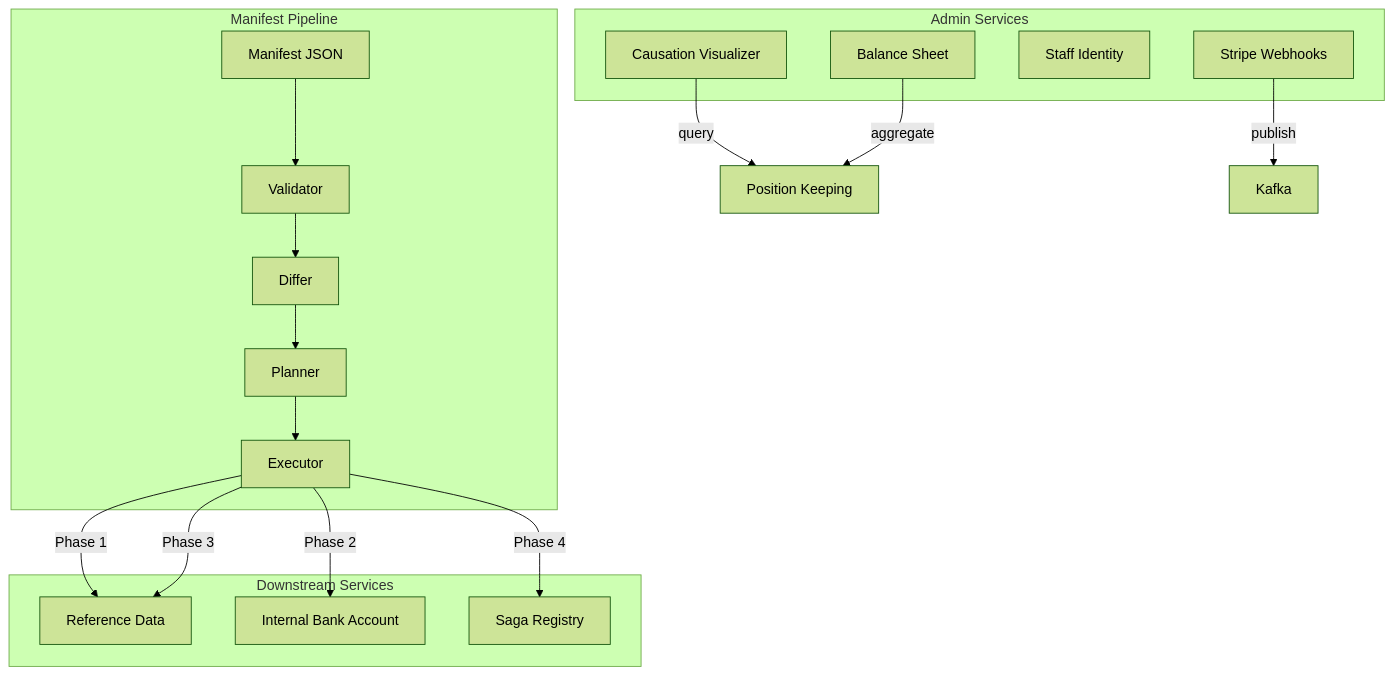
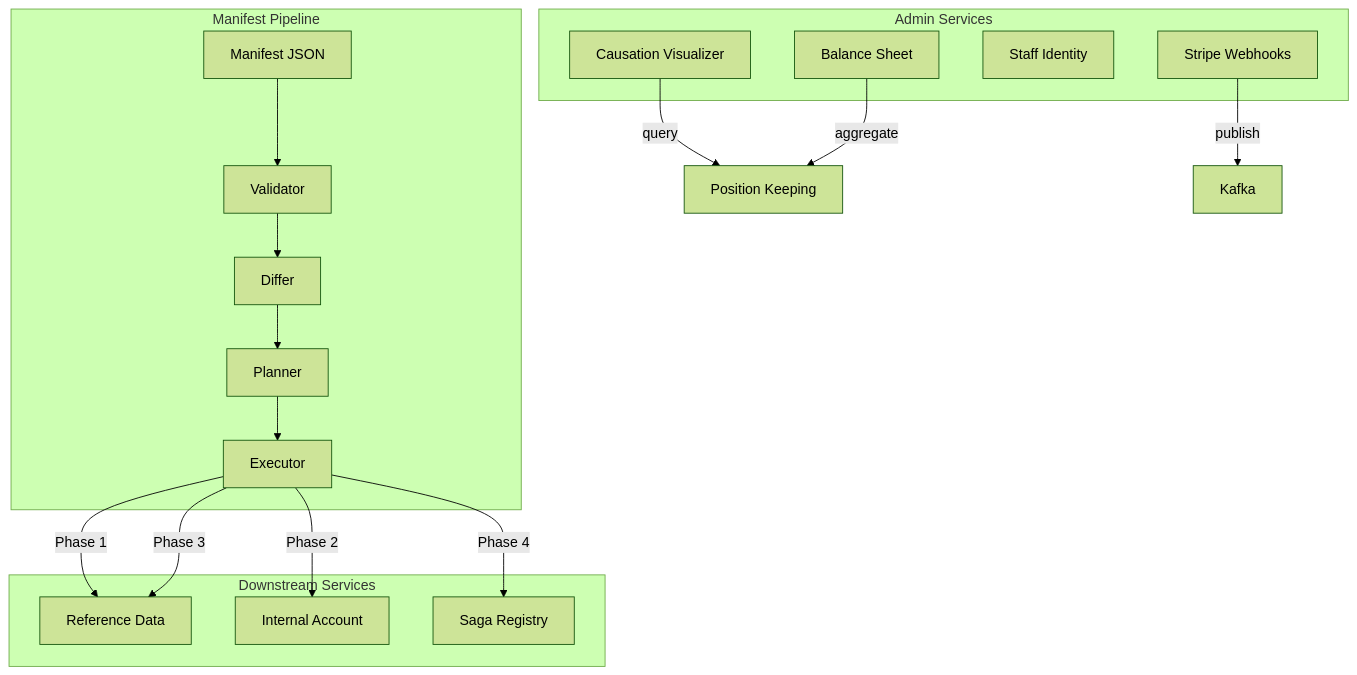
Before and after one commit to meridianhub/meridian: the first of 6 diagrams in services/control-plane/README.md, drawn with Mermaid (forest theme). The commit also changed other lines of this file and 312 other files, not shown here.

First line of the commit message:
refactor: rename internal-bank-account service to internal-account

````diff
--- a/services/control-plane/README.md
+++ b/services/control-plane/README.md
@@ -55,27 +55,27 @@
 ```mermaid
 flowchart TB
     subgraph "Manifest Pipeline"
         M[Manifest JSON] --> V[Validator]
         V --> D[Differ]
         D --> P[Planner]
         P --> E[Executor]
     end
 
     subgraph "Downstream Services"
         E -->|Phase 1| RD[Reference Data]
-        E -->|Phase 2| IBA[Internal Bank Account]
+        E -->|Phase 2| IBA[Internal Account]
         E -->|Phase 3| RD
         E -->|Phase 4| SR[Saga Registry]
     end
 
     subgraph "Admin Services"
         CV[Causation Visualizer]
         BS[Balance Sheet]
         SI[Staff Identity]
         SW[Stripe Webhooks]
     end
 
     CV -->|query| PK[Position Keeping]
     BS -->|aggregate| PK
     SW -->|publish| K[Kafka]
 ```
````
